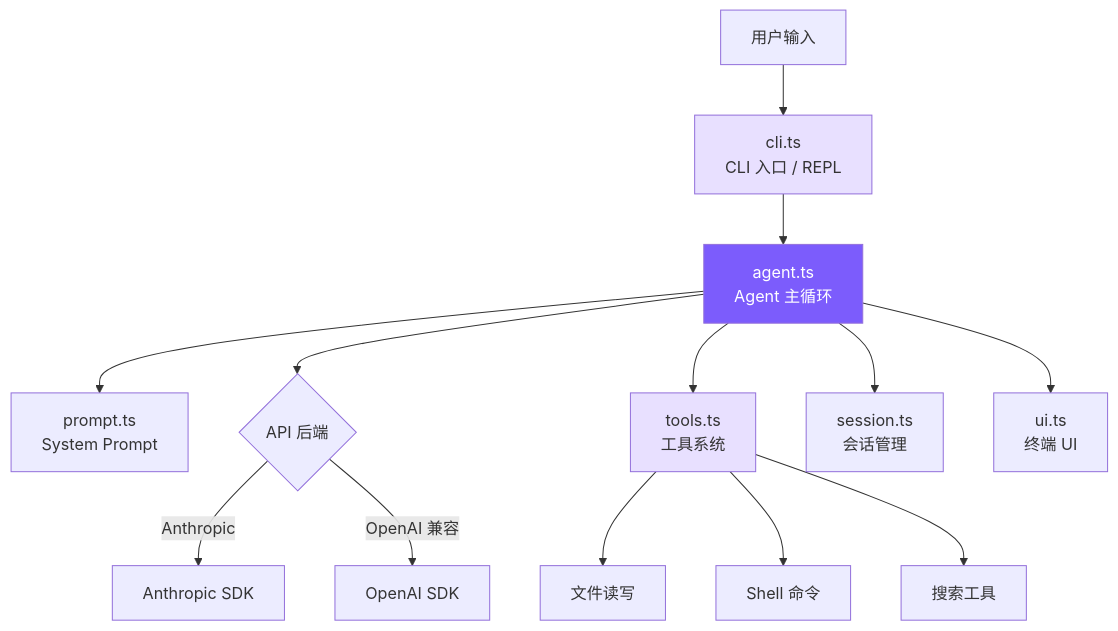
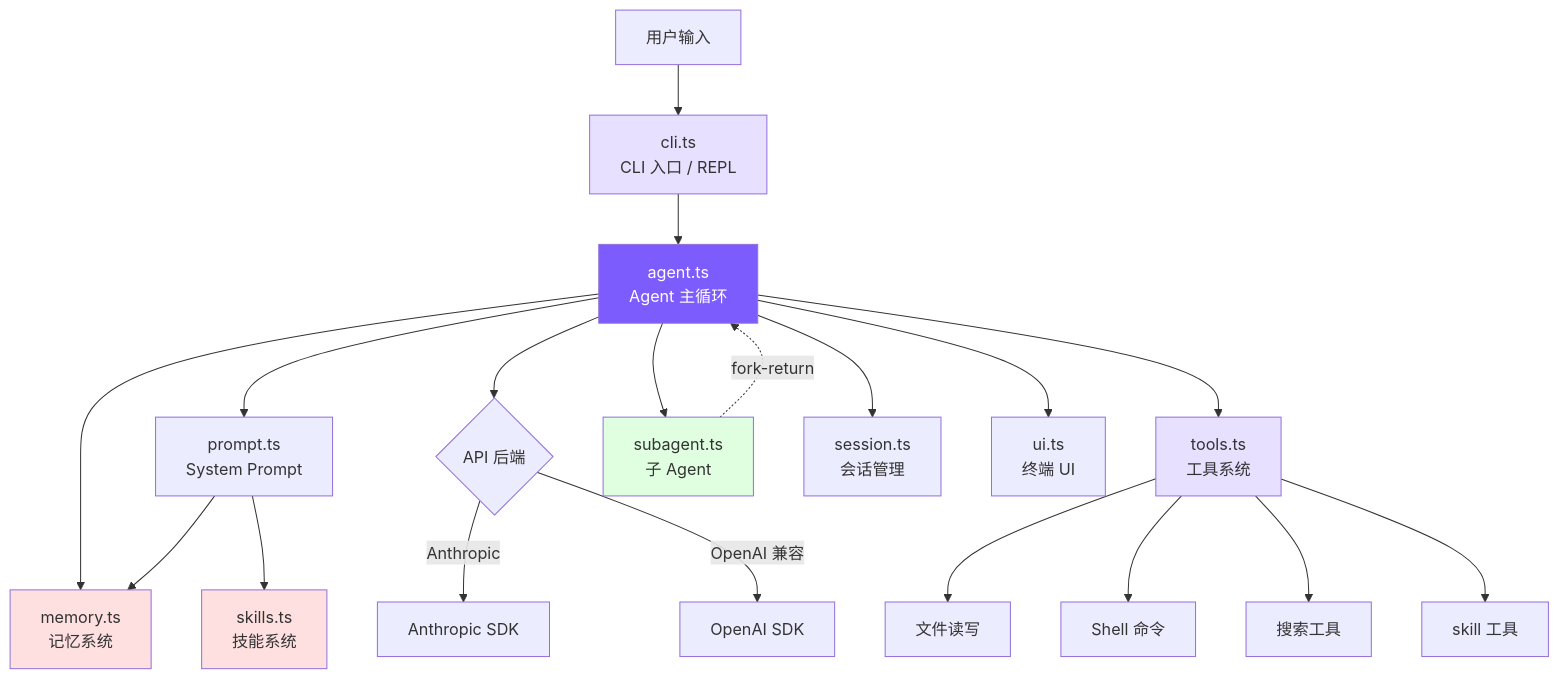
One commit to cSuk1/claude-code-mini changed the diagram in docs/00-introduction.md. Above: the diagram before and after it, drawn with Mermaid. The commit also changed other lines of this file and 16 other files, not shown here.

````diff
--- a/docs/00-introduction.md
+++ b/docs/00-introduction.md
@@ -23,19 +23,28 @@
 ```mermaid
 graph TB
     User[用户输入] --> CLI[cli.ts<br/>CLI 入口 / REPL]
     CLI --> Agent[agent.ts<br/>Agent 主循环]
     Agent --> Prompt[prompt.ts<br/>System Prompt]
     Agent --> API{API 后端}
     API -->|Anthropic| AnthropicSDK[Anthropic SDK]
     API -->|OpenAI 兼容| OpenAISDK[OpenAI SDK]
     Agent --> Tools[tools.ts<br/>工具系统]
     Tools --> FS[文件读写]
     Tools --> Shell[Shell 命令]
     Tools --> Search[搜索工具]
+    Tools --> SkillTool[skill 工具]
+    Agent --> SubAgent[subagent.ts<br/>子 Agent]
+    SubAgent -.->|fork-return| Agent
+    Agent --> Memory[memory.ts<br/>记忆系统]
+    Prompt --> Memory
+    Prompt --> Skills[skills.ts<br/>技能系统]
     Agent --> Session[session.ts<br/>会话管理]
     Agent --> UI[ui.ts<br/>终端 UI]
 
     style Agent fill:#7c5cfc,color:#fff
     style Tools fill:#e8e0ff
     style CLI fill:#e8e0ff
+    style Memory fill:#ffe0e0
+    style Skills fill:#ffe0e0
+    style SubAgent fill:#e0ffe0
 ```
````
